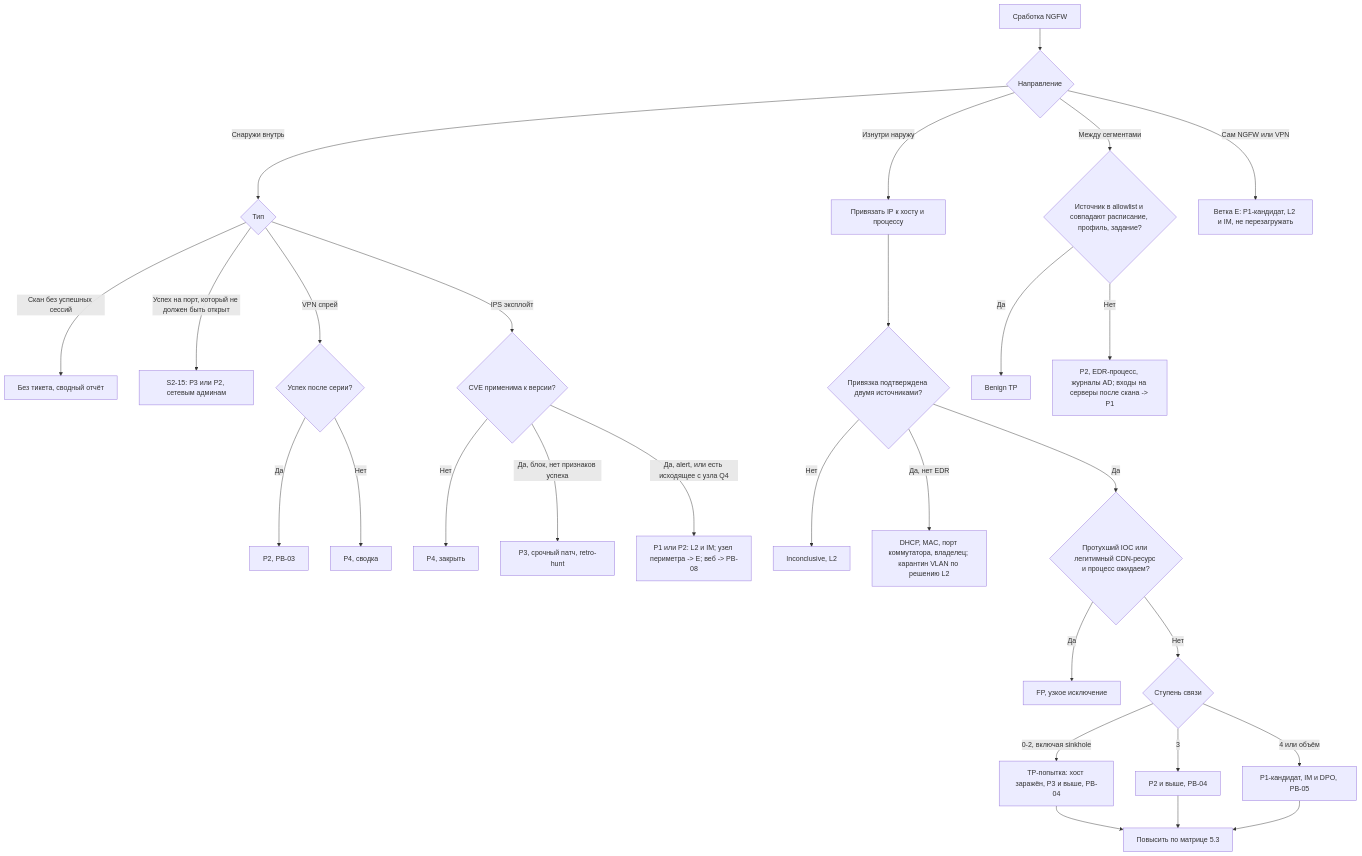
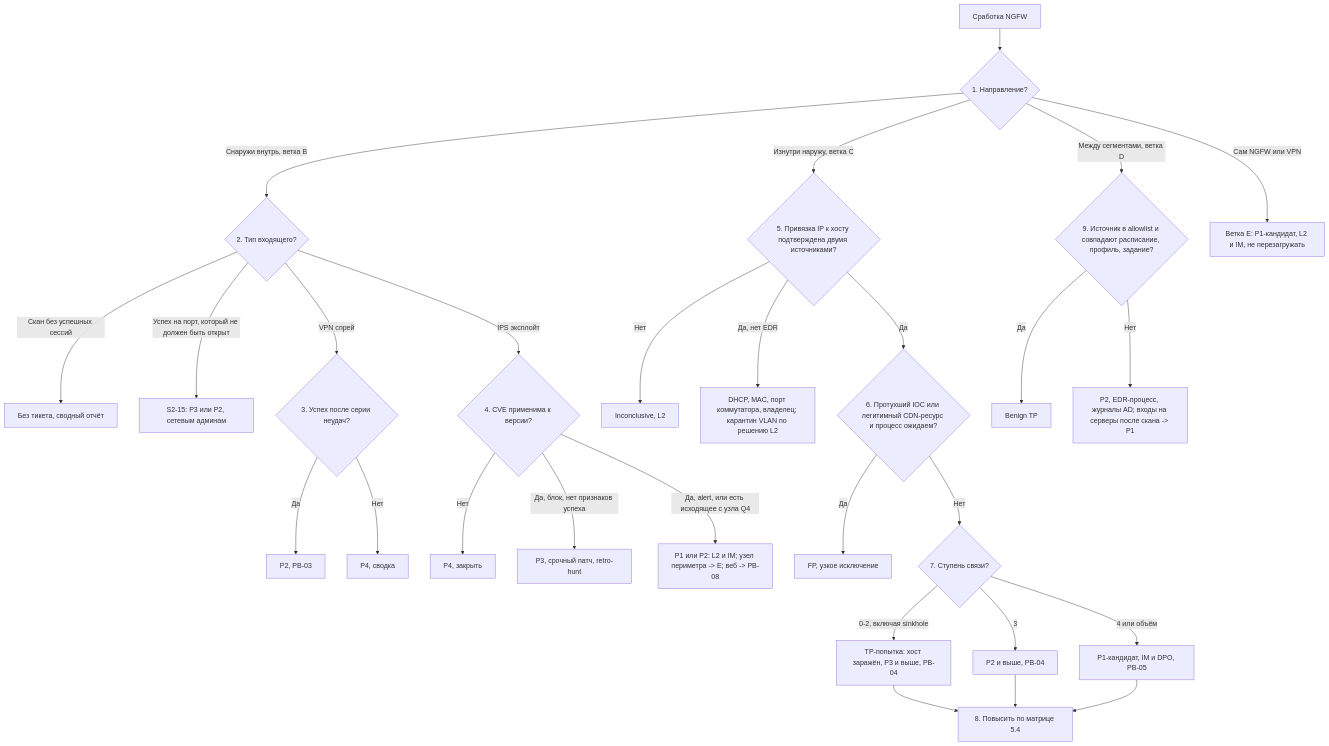
Before and after one commit to vehpbkrby/security-playbook: the diagram in playbooks/PB-S2-ngfw-alert.md, drawn with Mermaid. The commit also changed other lines of this file and 13 other files, not shown here.

````diff
--- a/playbooks/PB-S2-ngfw-alert.md
+++ b/playbooks/PB-S2-ngfw-alert.md
@@ -295,34 +157,33 @@
 ```mermaid
 flowchart TD
-    A[Сработка NGFW] --> B{Направление}
-    B -->|Снаружи внутрь| IN{Тип}
-    B -->|Изнутри наружу| OUT[Привязать IP к хосту и процессу]
-    B -->|Между сегментами| LAT{Источник в allowlist и совпадают расписание, профиль, задание?}
-    B -->|Сам NGFW или VPN| E[Ветка E: P1-кандидат, L2 и IM, не перезагружать]
+    A[Сработка NGFW] --> N1{1. Направление?}
+    N1 -->|Снаружи внутрь, ветка B| N2{2. Тип входящего?}
+    N1 -->|Изнутри наружу, ветка C| N5{5. Привязка IP к хосту подтверждена двумя источниками?}
+    N1 -->|Между сегментами, ветка D| N9{9. Источник в allowlist и совпадают расписание, профиль, задание?}
+    N1 -->|Сам NGFW или VPN| E[Ветка E: P1-кандидат, L2 и IM, не перезагружать]
 
-    IN -->|Скан без успешных сессий| AGG[Без тикета, сводный отчёт]
-    IN -->|Успех на порт, который не должен быть открыт| P15[S2-15: P3 или P2, сетевым админам]
-    IN -->|VPN спрей| VPN{Успех после серии?}
-    VPN -->|Да| PB03[P2, PB-03]
-    VPN -->|Нет| P4a[P4, сводка]
-    IN -->|IPS эксплойт| CVE{CVE применима к версии?}
-    CVE -->|Нет| P4b[P4, закрыть]
-    CVE -->|Да, блок, нет признаков успеха| P3a[P3, срочный патч, retro-hunt]
-    CVE -->|Да, alert, или есть исходящее с узла Q4| P1a[P1 или P2: L2 и IM; узел периметра -> E; веб -> PB-08]
+    N2 -->|Скан без успешных сессий| AGG[Без тикета, сводный отчёт]
+    N2 -->|Успех на порт, который не должен быть открыт| P15[S2-15: P3 или P2, сетевым админам]
+    N2 -->|VPN спрей| N3{3. Успех после серии неудач?}
+    N3 -->|Да| PB03[P2, PB-03]
+    N3 -->|Нет| P4a[P4, сводка]
+    N2 -->|IPS эксплойт| N4{4. CVE применима к версии?}
+    N4 -->|Нет| P4b[P4, закрыть]
+    N4 -->|Да, блок, нет признаков успеха| P3a[P3, срочный патч, retro-hunt]
+    N4 -->|Да, alert, или есть исходящее с узла Q4| P1a[P1 или P2: L2 и IM; узел периметра -> E; веб -> PB-08]
 
-    OUT --> BIND{Привязка подтверждена двумя источниками?}
-    BIND -->|Нет| INC[Inconclusive, L2]
-    BIND -->|Да, нет EDR| NOEDR[DHCP, MAC, порт коммутатора, владелец; карантин VLAN по решению L2]
-    BIND -->|Да| FP{Протухший IOC или легитимный CDN-ресурс и процесс ожидаем?}
-    FP -->|Да| FPC[FP, узкое исключение]
-    FP -->|Нет| STEP{Ступень связи}
-    STEP -->|0-2, включая sinkhole| TPa[TP-попытка: хост заражён, P3 и выше, PB-04]
-    STEP -->|3| TPb[P2 и выше, PB-04]
-    STEP -->|4 или объём| TPc[P1-кандидат, IM и DPO, PB-05]
-    TPa --> MAT[Повысить по матрице 5.3]
-    TPb --> MAT
-    TPc --> MAT
+    N5 -->|Нет| INC[Inconclusive, L2]
+    N5 -->|Да, нет EDR| NOEDR[DHCP, MAC, порт коммутатора, владелец; карантин VLAN по решению L2]
+    N5 -->|Да| N6{6. Протухший IOC или легитимный CDN-ресурс и процесс ожидаем?}
+    N6 -->|Да| FPC[FP, узкое исключение]
+    N6 -->|Нет| N7{7. Ступень связи?}
+    N7 -->|0-2, включая sinkhole| TPa[TP-попытка: хост заражён, P3 и выше, PB-04]
+    N7 -->|3| TPb[P2 и выше, PB-04]
+    N7 -->|4 или объём| TPc[P1-кандидат, IM и DPO, PB-05]
+    TPa --> N8[8. Повысить по матрице 5.4]
+    TPb --> N8
+    TPc --> N8
 
-    LAT -->|Да| BTP[Benign TP]
-    LAT -->|Нет| SCAN[P2, EDR-процесс, журналы AD; входы на серверы после скана -> P1]
+    N9 -->|Да| BTP[Benign TP]
+    N9 -->|Нет| SCAN[P2, EDR-процесс, журналы AD; входы на серверы после скана -> P1]
 ```
````
